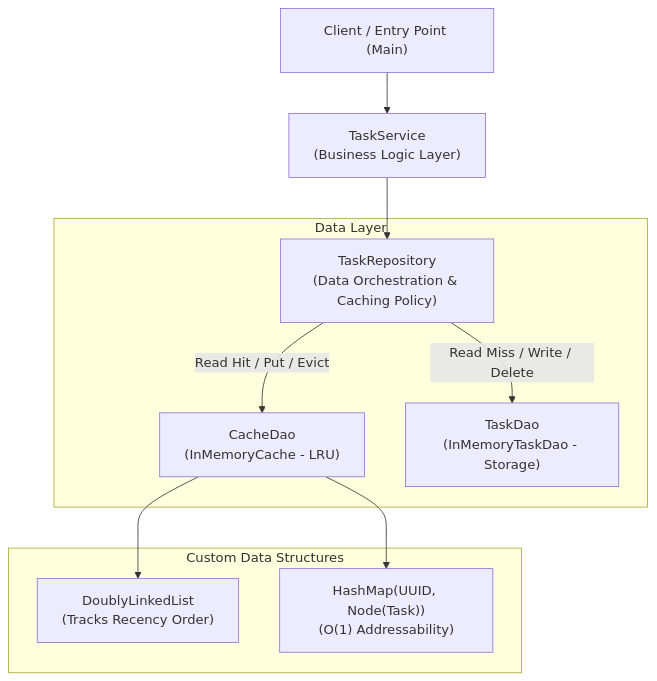
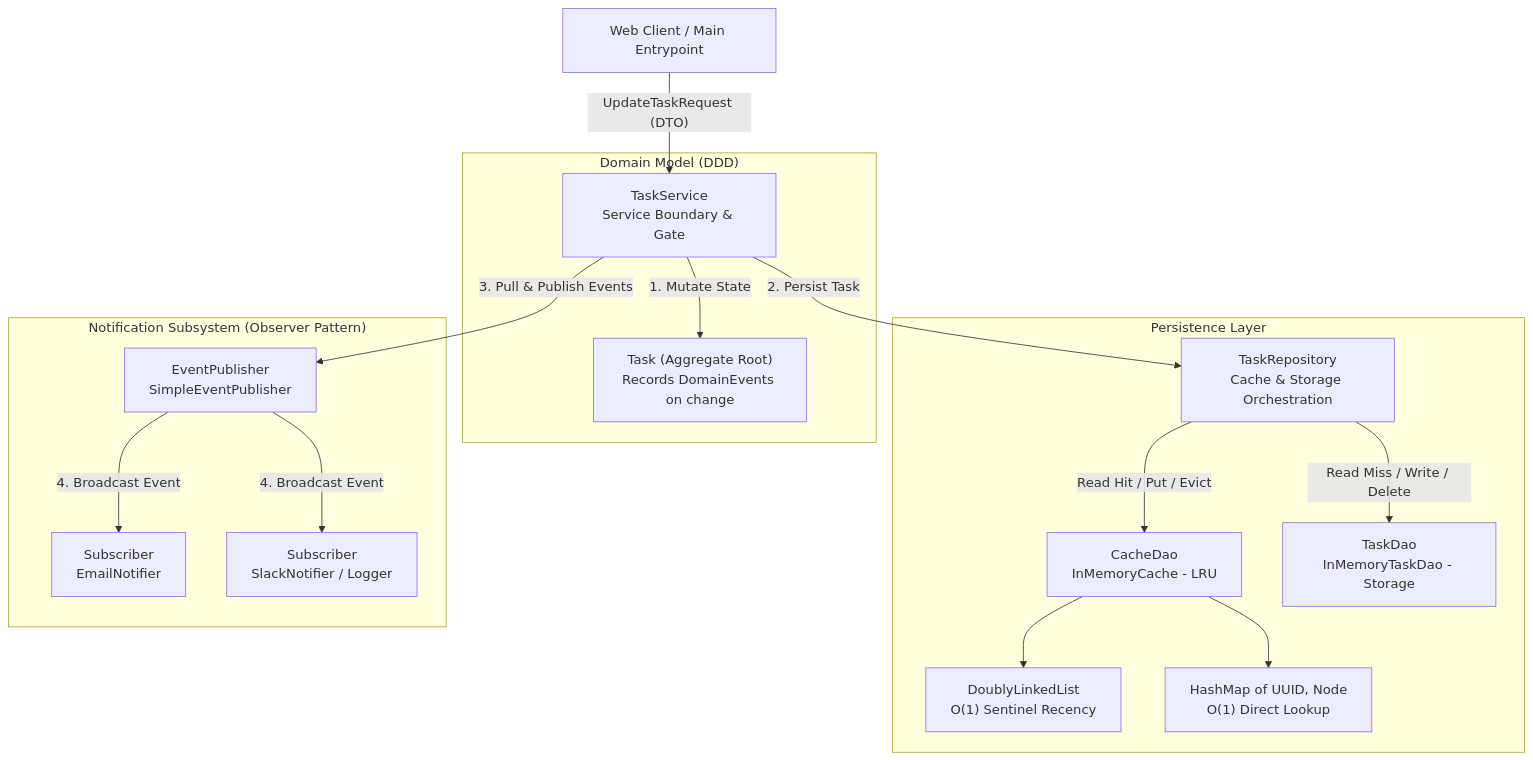
Before and after one commit to JyotimoyKashyap/system-design-labs: the first of 5 diagrams in task-management-system/README.md, drawn with Mermaid. The commit also changed other lines of this file, not shown here.

````diff
--- a/task-management-system/README.md
+++ b/task-management-system/README.md
@@ -60,15 +64,22 @@
 ```mermaid
 flowchart TD
-    Client["Client / Entry Point (Main)"] --> Service["TaskService\n(Business Logic Layer)"]
-    Service --> Repository["TaskRepository\n(Data Orchestration & Caching Policy)"]
+    Client["Web Client / Main Entrypoint"] -->|"UpdateTaskRequest (DTO)"| Service["TaskService<br/>Service Boundary & Gate"]
 
-    subgraph Data_Layer ["Data Layer"]
-        Repository -->|Read Hit / Put / Evict| Cache["CacheDao\n(InMemoryCache - LRU)"]
-        Repository -->|Read Miss / Write / Delete| DB["TaskDao\n(InMemoryTaskDao - Storage)"]
+    subgraph Domain_Model ["Domain Model (DDD)"]
+        Service -->|"1. Mutate State"| Task["Task (Aggregate Root)<br/>Records DomainEvents on change"]
     end
 
-    subgraph Custom_DS ["Custom Data Structures"]
-        Cache --> DLL["DoublyLinkedList\n(Tracks Recency Order)"]
-        Cache --> Map["HashMap(UUID, Node(Task))\n(O(1) Addressability)"]
+    subgraph Persistence_Layer ["Persistence Layer"]
+        Service -->|"2. Persist Task"| Repository["TaskRepository<br/>Cache & Storage Orchestration"]
+        Repository -->|"Read Hit / Put / Evict"| Cache["CacheDao<br/>InMemoryCache - LRU"]
+        Repository -->|"Read Miss / Write / Delete"| DB["TaskDao<br/>InMemoryTaskDao - Storage"]
+        Cache --> DLL["DoublyLinkedList<br/>O(1) Sentinel Recency"]
+        Cache --> Map["HashMap of UUID, Node<br/>O(1) Direct Lookup"]
+    end
+
+    subgraph Notification_Subsystem ["Notification Subsystem (Observer Pattern)"]
+        Service -->|"3. Pull & Publish Events"| Publisher["EventPublisher<br/>SimpleEventPublisher"]
+        Publisher -->|"4. Broadcast Event"| Sub1["Subscriber<br/>EmailNotifier"]
+        Publisher -->|"4. Broadcast Event"| Sub2["Subscriber<br/>SlackNotifier / Logger"]
     end
 ```
````
